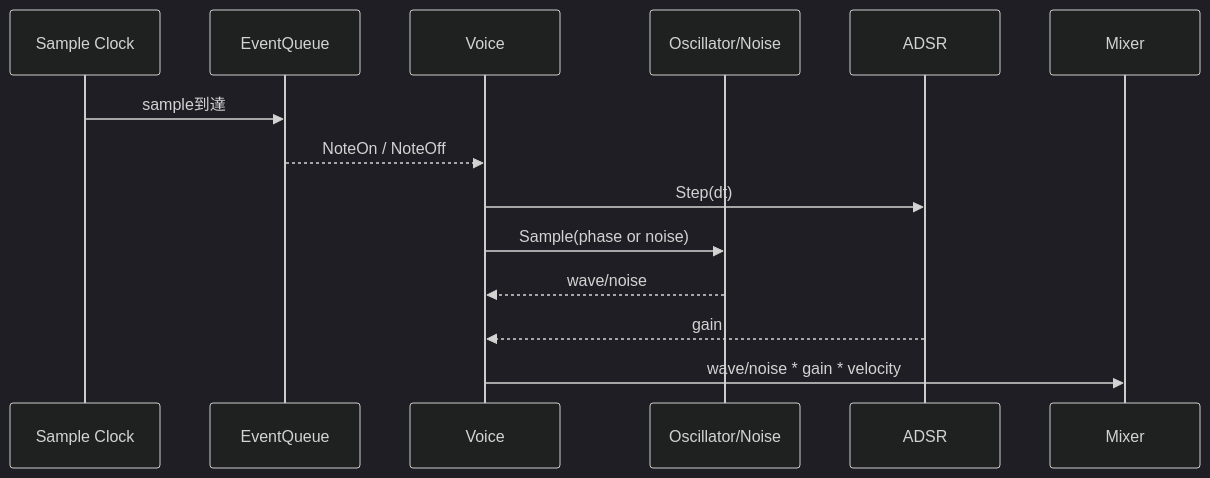
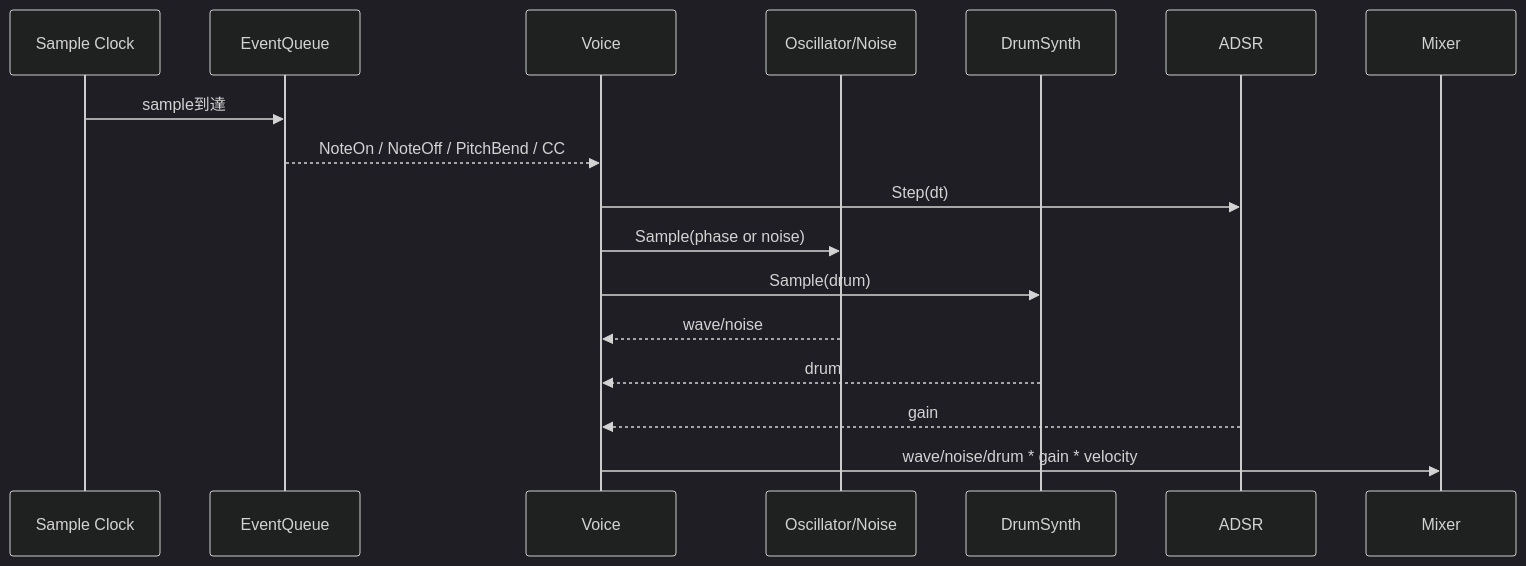
Before and after one commit to SunagimoOisii/F-Synthesizer: the fourth of 4 diagrams in F-Synthesizer/Architecture.md, drawn with Mermaid (dark theme). The commit also changed other lines of this file and 4 other files, not shown here.

````diff
--- a/F-Synthesizer/Architecture.md
+++ b/F-Synthesizer/Architecture.md
@@ -88,18 +96,21 @@
 ```mermaid
 sequenceDiagram
     participant S as Sample Clock
     participant E as EventQueue
     participant V as Voice
     participant O as Oscillator/Noise
+    participant D as DrumSynth
     participant A as ADSR
     participant M as Mixer
 
     S->>E: sample到達
-    E-->>V: NoteOn / NoteOff
+    E-->>V: NoteOn / NoteOff / PitchBend / CC
     V->>A: Step(dt)
     V->>O: Sample(phase or noise)
+    V->>D: Sample(drum)
     O-->>V: wave/noise
+    D-->>V: drum
     A-->>V: gain
-    V->>M: wave/noise * gain * velocity
+    V->>M: wave/noise/drum * gain * velocity
 
 ```
````
